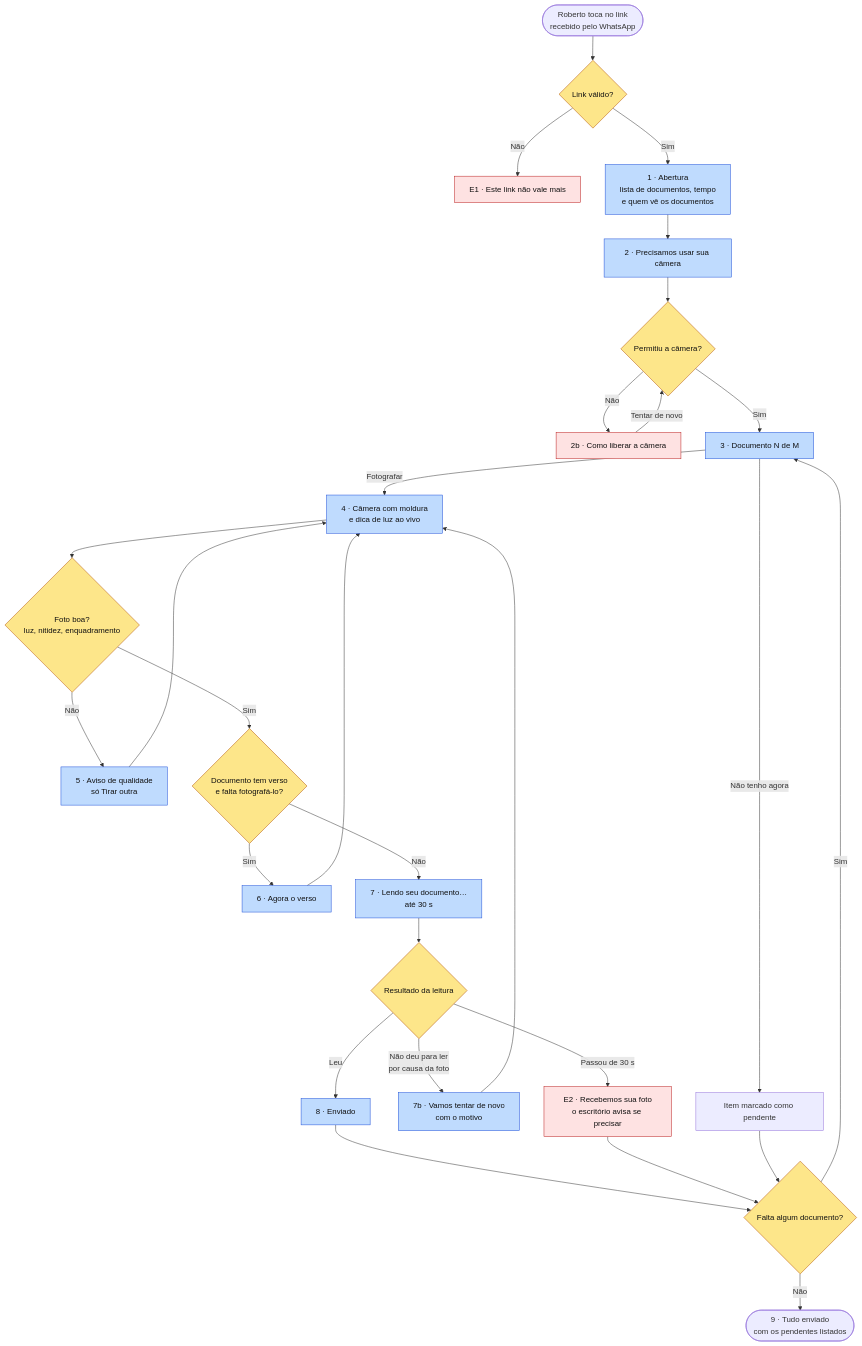
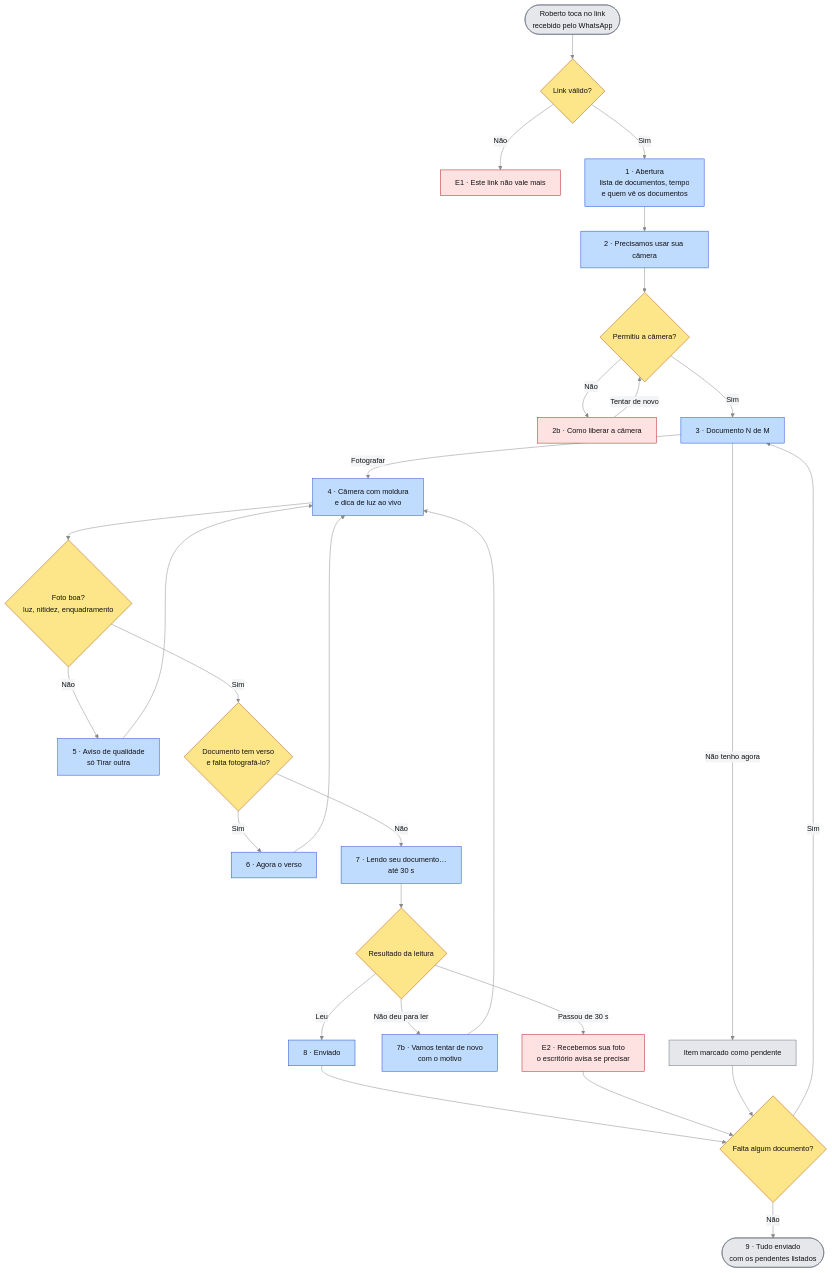
One commit to marcosvpantoja/extracao-dados-documentos changed the diagram in docs/ux/captura-wireframes.md. Above: the diagram before and after it, drawn with Mermaid. The commit also changed other lines of this file and 1 other file, not shown here.

Commit message:
Fluxo das telas legível em fundo escuro (tema fixo e todos os nós coloridos)

````diff
--- a/docs/ux/captura-wireframes.md
+++ b/docs/ux/captura-wireframes.md
@@ -20,40 +20,43 @@
 ```mermaid
+%%{init: {"theme": "base", "themeVariables": {"lineColor": "#8a8a8a", "primaryTextColor": "#111111", "edgeLabelBackground": "#f3f4f6", "fontSize": "15px"}}}%%
 flowchart TD
     LINK([Roberto toca no link<br/>recebido pelo WhatsApp]) --> VAL{Link válido?}
     VAL -->|Não| E1["E1 · Este link não vale mais"]
     VAL -->|Sim| T1["1 · Abertura<br/>lista de documentos, tempo<br/>e quem vê os documentos"]
     T1 --> T2["2 · Precisamos usar sua câmera"]
     T2 --> PERM{Permitiu a câmera?}
     PERM -->|Não| T2B["2b · Como liberar a câmera"]
     T2B -->|Tentar de novo| PERM
     PERM -->|Sim| T3["3 · Documento N de M"]
 
     T3 -->|Não tenho agora| PEND["Item marcado como pendente"]
     T3 -->|Fotografar| T4["4 · Câmera com moldura<br/>e dica de luz ao vivo"]
     T4 --> QUAL{Foto boa?<br/>luz, nitidez, enquadramento}
     QUAL -->|Não| T5["5 · Aviso de qualidade<br/>só Tirar outra"]
     T5 --> T4
     QUAL -->|Sim| VER{Documento tem verso<br/>e falta fotografá-lo?}
     VER -->|Sim| T6["6 · Agora o verso"]
     T6 --> T4
     VER -->|Não| T7["7 · Lendo seu documento…<br/>até 30 s"]
 
     T7 --> LEU{Resultado da leitura}
-    LEU -->|Não deu para ler<br/>por causa da foto| T7B["7b · Vamos tentar de novo<br/>com o motivo"]
+    LEU -->|Não deu para ler| T7B["7b · Vamos tentar de novo<br/>com o motivo"]
     T7B --> T4
     LEU -->|Leu| T8["8 · Enviado"]
     LEU -->|Passou de 30 s| E2["E2 · Recebemos sua foto<br/>o escritório avisa se precisar"]
 
     T8 --> MAIS{Falta algum documento?}
     E2 --> MAIS
     PEND --> MAIS
     MAIS -->|Sim| T3
     MAIS -->|Não| T9(["9 · Tudo enviado<br/>com os pendentes listados"])
 
     classDef tela fill:#bfdbfe,stroke:#1d4ed8,color:#111
     classDef excecao fill:#fee2e2,stroke:#b91c1c,color:#111
     classDef decisao fill:#fde68a,stroke:#b45309,color:#111
     class T1,T2,T3,T4,T5,T6,T7,T7B,T8 tela
     class E1,E2,T2B excecao
     class VAL,PERM,QUAL,VER,LEU,MAIS decisao
+    classDef borda fill:#e5e7eb,stroke:#6b7280,color:#111
+    class LINK,PEND,T9 borda
 ```
````
